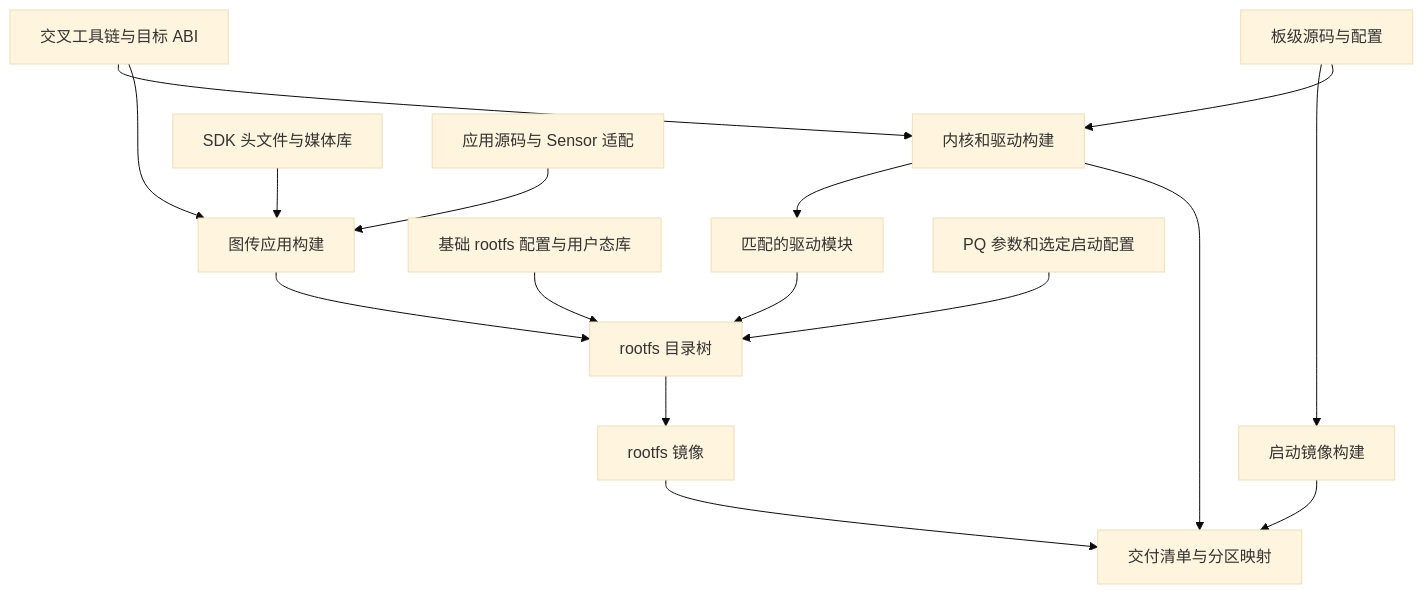
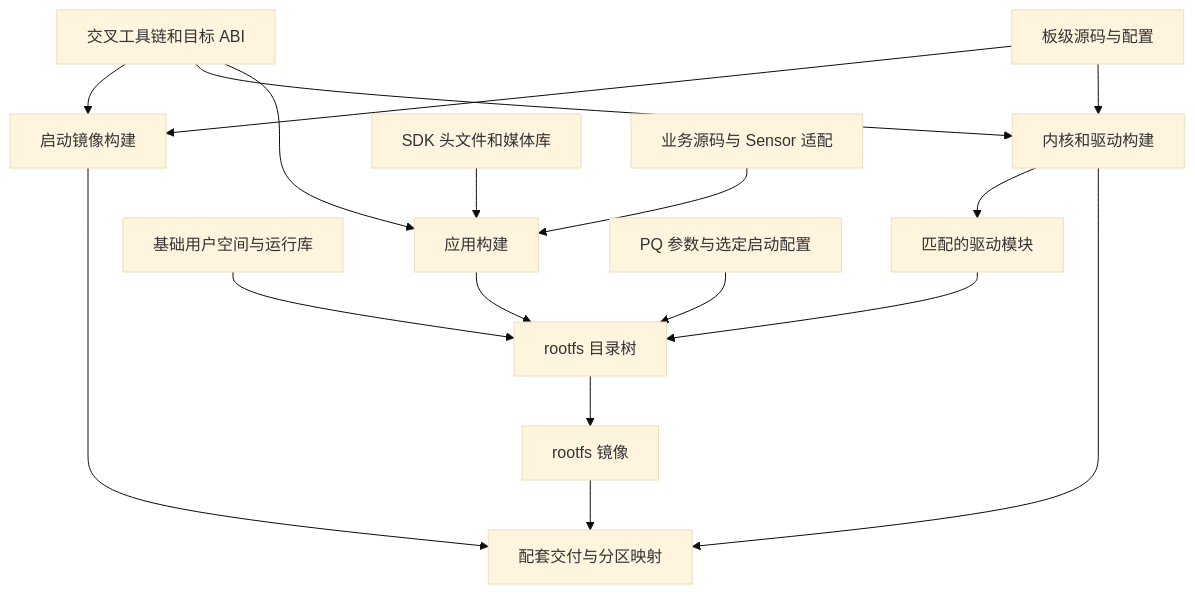
One commit to Bamboo-tt/Hi3516_Data_Transmission changed the diagram in docs/Hi3516CV610_项目学习/02_BSP与SDK构建基础.md. Above: the diagram before and after it, drawn with Mermaid (base theme). The commit also changed other lines of this file and 23 other files, not shown here.

Commit message:
docs: refine Hi3516 learning guide and architecture analysis

````diff
--- a/docs/Hi3516CV610_项目学习/02_BSP与SDK构建基础.md
+++ b/docs/Hi3516CV610_项目学习/02_BSP与SDK构建基础.md
@@ -33,18 +33,19 @@
 ```mermaid
 flowchart TD
-    T[交叉工具链与目标 ABI] --> K[内核和驱动构建]
-    T --> A[图传应用构建]
-    B[板级源码与配置] --> U[启动镜像构建]
+    T[交叉工具链和目标 ABI] --> U[启动镜像构建]
+    T --> K[内核和驱动构建]
+    T --> A[应用构建]
+    B[板级源码与配置] --> U
     B --> K
-    S[SDK 头文件与媒体库] --> A
-    C[应用源码与 Sensor 适配] --> A
-    R[基础 rootfs 配置与用户态库] --> F[rootfs 目录树]
+    S[SDK 头文件和媒体库] --> A
+    C[业务源码与 Sensor 适配] --> A
+    R[基础用户空间与运行库] --> F[rootfs 目录树]
     A --> F
     K --> D[匹配的驱动模块]
     D --> F
-    P[PQ 参数和选定启动配置] --> F
+    P[PQ 参数与选定启动配置] --> F
     F --> I[rootfs 镜像]
-    U --> M[交付清单与分区映射]
+    U --> M[配套交付与分区映射]
     K --> M
     I --> M
 ```
````
